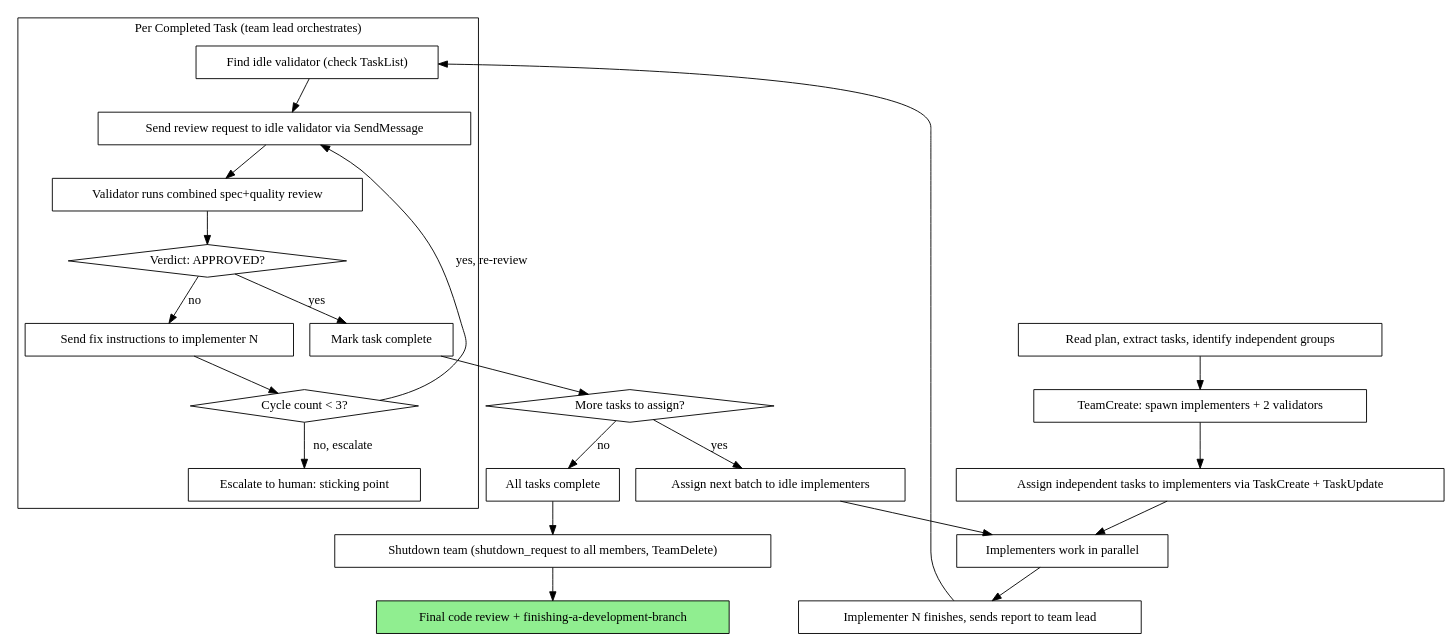
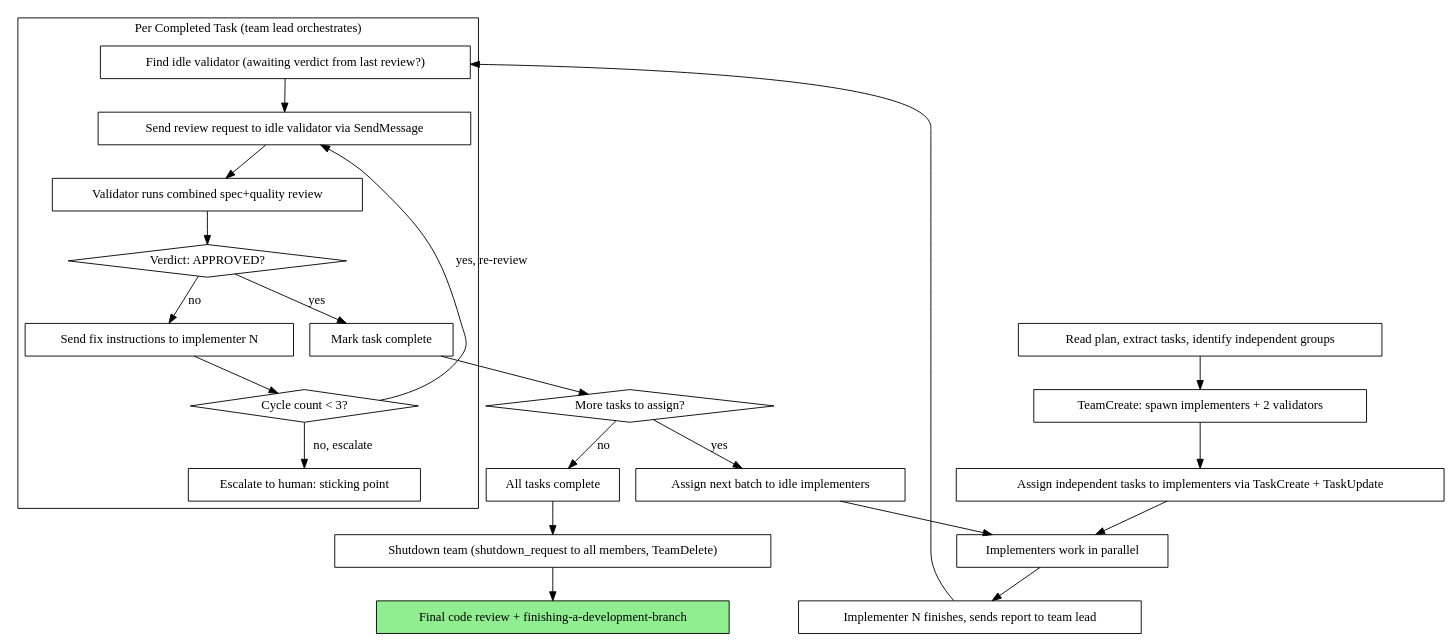
The third of 3 diagrams in skills/subagent-driven-development/SKILL.md (obra/superpowers), drawn with Graphviz before and after one commit. The commit also changed other lines of this file and 1 other file, not shown here.

First line of the commit message:
fix(skill): fix three Important issues from final code review

````diff
--- a/skills/subagent-driven-development/SKILL.md
+++ b/skills/subagent-driven-development/SKILL.md
@@ -166,49 +166,49 @@
 ```dot
 digraph team_process {
     rankdir=TB;
 
     "Read plan, extract tasks, identify independent groups" [shape=box];
     "TeamCreate: spawn implementers + 2 validators" [shape=box];
     "Assign independent tasks to implementers via TaskCreate + TaskUpdate" [shape=box];
     "Implementers work in parallel" [shape=box];
     "Implementer N finishes, sends report to team lead" [shape=box];
 
     subgraph cluster_per_task {
         label="Per Completed Task (team lead orchestrates)";
-        "Find idle validator (check TaskList)" [shape=box];
+        "Find idle validator (awaiting verdict from last review?)" [shape=box];
         "Send review request to idle validator via SendMessage" [shape=box];
         "Validator runs combined spec+quality review" [shape=box];
         "Verdict: APPROVED?" [shape=diamond];
         "Send fix instructions to implementer N" [shape=box];
         "Cycle count < 3?" [shape=diamond];
         "Escalate to human: sticking point" [shape=box];
         "Mark task complete" [shape=box];
     }
 
     "More tasks to assign?" [shape=diamond];
     "Assign next batch to idle implementers" [shape=box];
     "All tasks complete" [shape=box];
     "Shutdown team (shutdown_request to all members, TeamDelete)" [shape=box];
     "Final code review + finishing-a-development-branch" [shape=box style=filled fillcolor=lightgreen];
 
     "Read plan, extract tasks, identify independent groups" -> "TeamCreate: spawn implementers + 2 validators";
     "TeamCreate: spawn implementers + 2 validators" -> "Assign independent tasks to implementers via TaskCreate + TaskUpdate";
     "Assign independent tasks to implementers via TaskCreate + TaskUpdate" -> "Implementers work in parallel";
     "Implementers work in parallel" -> "Implementer N finishes, sends report to team lead";
-    "Implementer N finishes, sends report to team lead" -> "Find idle validator (check TaskList)";
-    "Find idle validator (check TaskList)" -> "Send review request to idle validator via SendMessage";
+    "Implementer N finishes, sends report to team lead" -> "Find idle validator (awaiting verdict from last review?)";
+    "Find idle validator (awaiting verdict from last review?)" -> "Send review request to idle validator via SendMessage";
     "Send review request to idle validator via SendMessage" -> "Validator runs combined spec+quality review";
     "Validator runs combined spec+quality review" -> "Verdict: APPROVED?";
     "Verdict: APPROVED?" -> "Send fix instructions to implementer N" [label="no"];
     "Send fix instructions to implementer N" -> "Cycle count < 3?";
     "Cycle count < 3?" -> "Send review request to idle validator via SendMessage" [label="yes, re-review"];
     "Cycle count < 3?" -> "Escalate to human: sticking point" [label="no, escalate"];
     "Verdict: APPROVED?" -> "Mark task complete" [label="yes"];
     "Mark task complete" -> "More tasks to assign?";
     "More tasks to assign?" -> "Assign next batch to idle implementers" [label="yes"];
     "Assign next batch to idle implementers" -> "Implementers work in parallel";
     "More tasks to assign?" -> "All tasks complete" [label="no"];
     "All tasks complete" -> "Shutdown team (shutdown_request to all members, TeamDelete)";
     "Shutdown team (shutdown_request to all members, TeamDelete)" -> "Final code review + finishing-a-development-branch";
 }
 ```
````
